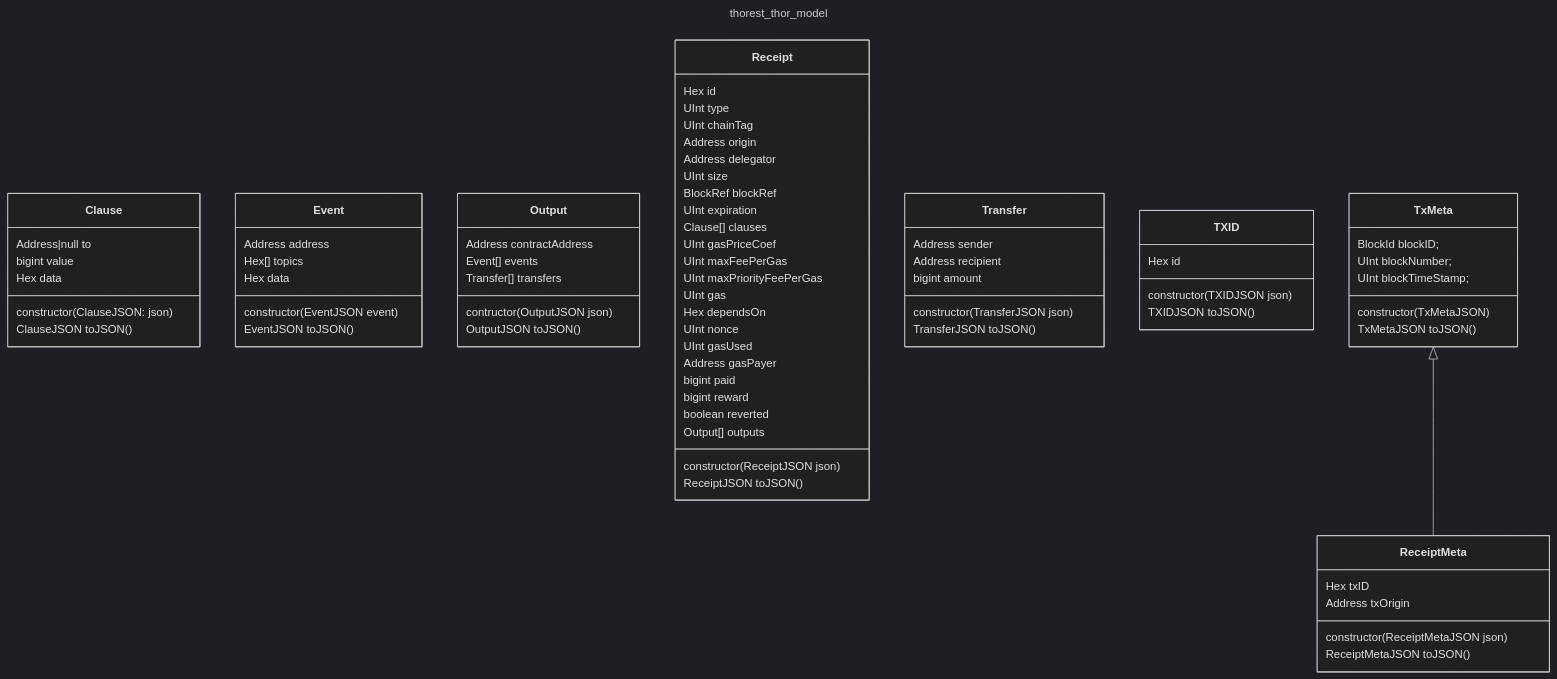
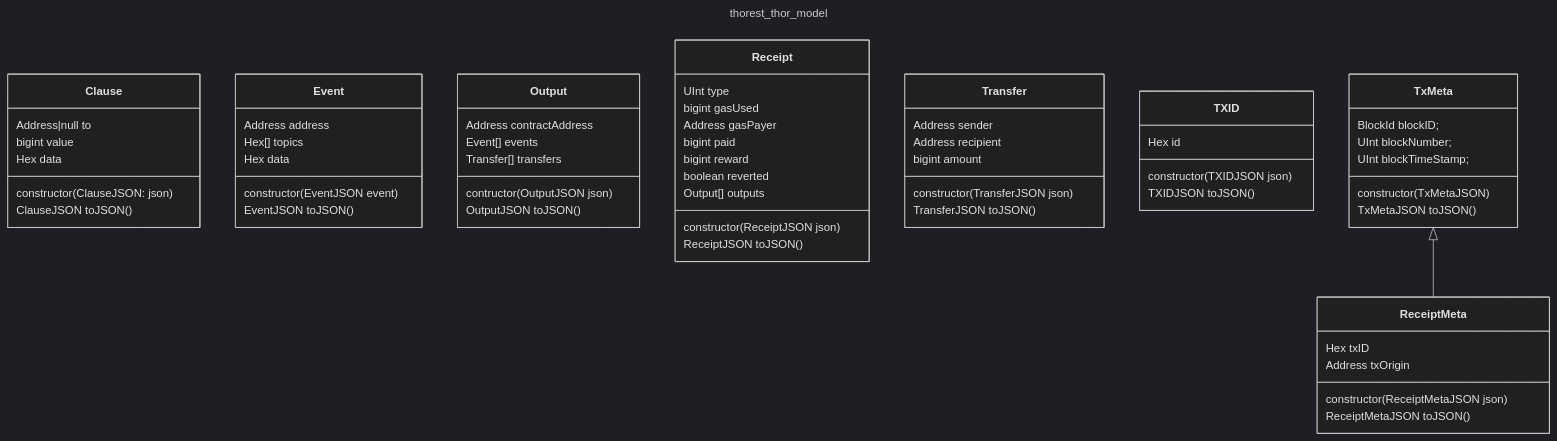
The diagram in docs/thorest/thor/model/model.mmd (vechain/vechain-sdk-js), drawn with Mermaid (dark theme) before and after one commit. The commit also changed 22 other files, not shown here.

```diff
--- a/docs/thorest/thor/model/model.mmd
+++ b/docs/thorest/thor/model/model.mmd
@@ -1,76 +1,62 @@
 ---
 title: thorest_thor_model
 ---
 classDiagram
     class Clause {
         Address|null to
         bigint value
         Hex data
         constructor(ClauseJSON: json)
         ClauseJSON toJSON()
     }
     class Event {
         Address address
         Hex[] topics
         Hex data
         constructor(EventJSON event)
         EventJSON toJSON()
     }
     class Output {
         Address contractAddress
         Event[] events
         Transfer[] transfers
         contructor(OutputJSON json)
         OutputJSON toJSON()
     }
     class Receipt {
-        Hex id
         UInt type
-        UInt chainTag
-        Address origin
-        Address delegator
-        UInt size
-        BlockRef blockRef
-        UInt expiration
-        Clause[] clauses
-        UInt gasPriceCoef
-        UInt maxFeePerGas
-        UInt maxPriorityFeePerGas
-        UInt gas
-        Hex dependsOn
-        UInt nonce
-        UInt gasUsed
+        bigint gasUsed
         Address gasPayer
         bigint paid
         bigint reward
         boolean reverted
         Output[] outputs
         constructor(ReceiptJSON json)
         ReceiptJSON toJSON()
     }
     class ReceiptMeta {
         Hex txID
         Address txOrigin
         constructor(ReceiptMetaJSON json)
         ReceiptMetaJSON toJSON()
     }
     class Transfer {
         Address sender
         Address recipient
         bigint amount
         constructor(TransferJSON json)
         TransferJSON toJSON()
     }
     class TXID {
         Hex id
         constructor(TXIDJSON json)
         TXIDJSON toJSON()
     }
     class TxMeta {
         BlockId blockID;
         UInt blockNumber;
         UInt blockTimeStamp;
         constructor(TxMetaJSON)
         TxMetaJSON toJSON()
     }
     TxMeta <|-- ReceiptMeta
```
